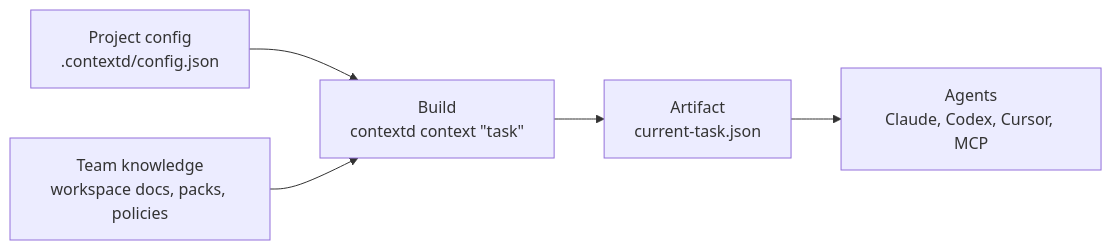
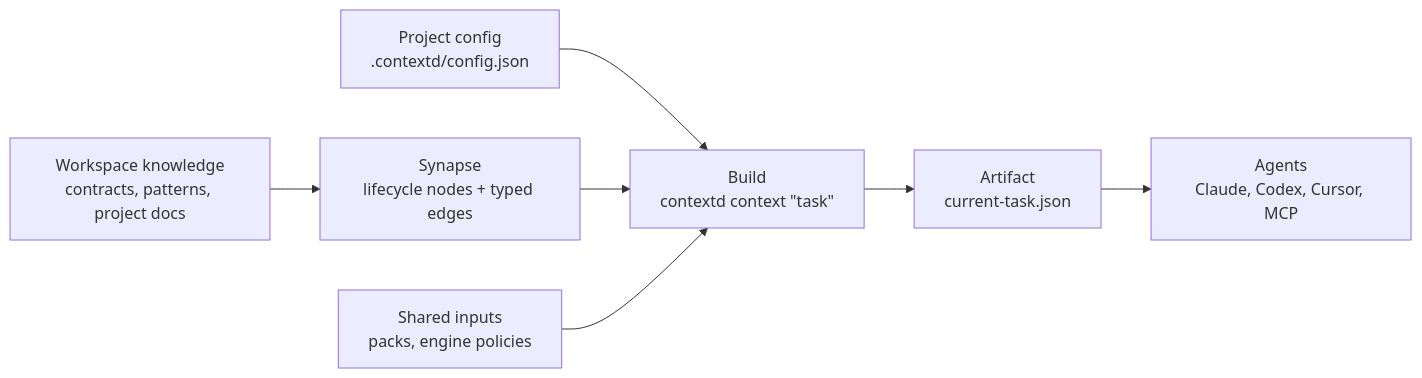
One commit to philngt/contextd changed the diagram in README.md. Above: the diagram before and after it, drawn with Mermaid. The commit also changed other lines of this file and 193 other files, not shown here.

First line of the commit message:
feat: add synapse lifecycle and modernize context packs

````diff
--- a/README.md
+++ b/README.md
@@ -10,13 +10,17 @@
 ```mermaid
 flowchart LR
   Config["Project config<br/>.contextd/config.json"]
-  Knowledge["Team knowledge<br/>workspace docs, packs, policies"]
+  Knowledge["Workspace knowledge<br/>contracts, patterns, project docs"]
+  Static["Shared inputs<br/>packs, engine policies"]
+  Synapse["Synapse<br/>lifecycle nodes + typed edges"]
   Build["Build<br/>contextd context &quot;task&quot;"]
   Artifact["Artifact<br/>current-task.json"]
   Agents["Agents<br/>Claude, Codex, Cursor, MCP"]
 
   Config --> Build
-  Knowledge --> Build
+  Knowledge --> Synapse
+  Synapse --> Build
+  Static --> Build
   Build --> Artifact
   Artifact --> Agents
 ```
````
